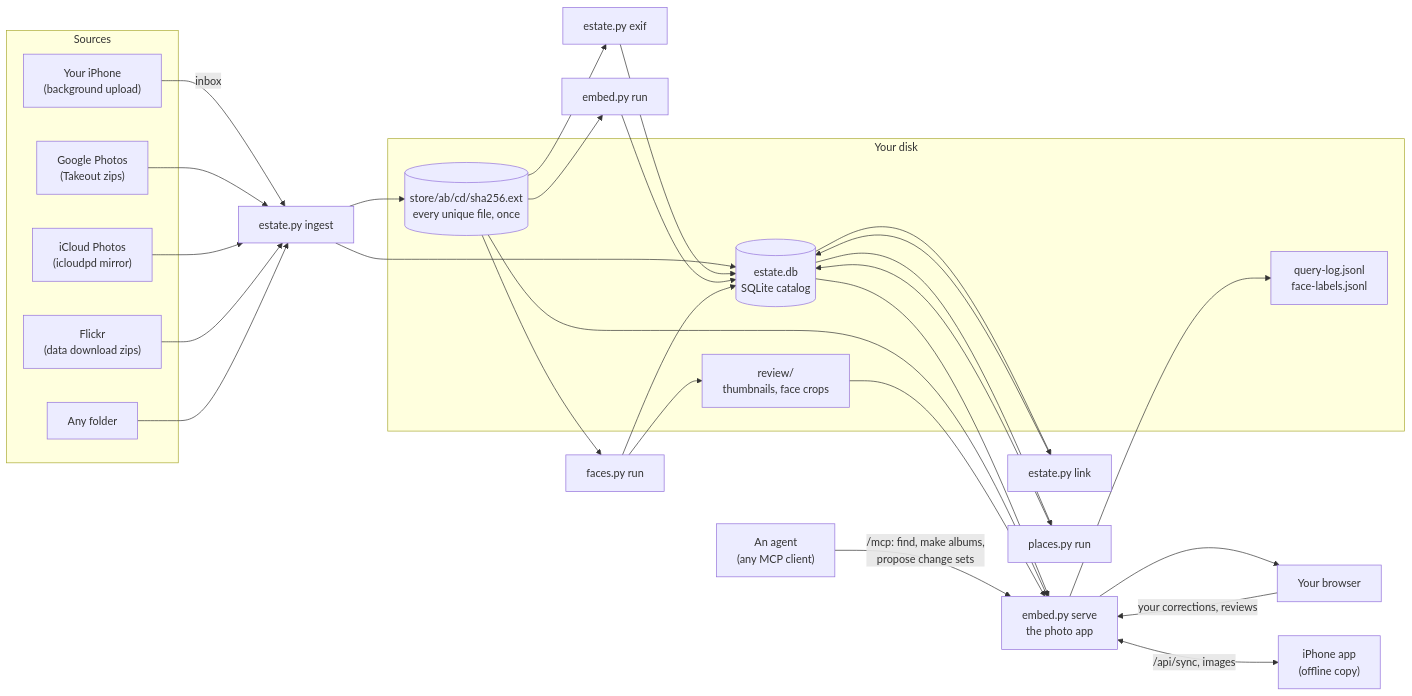
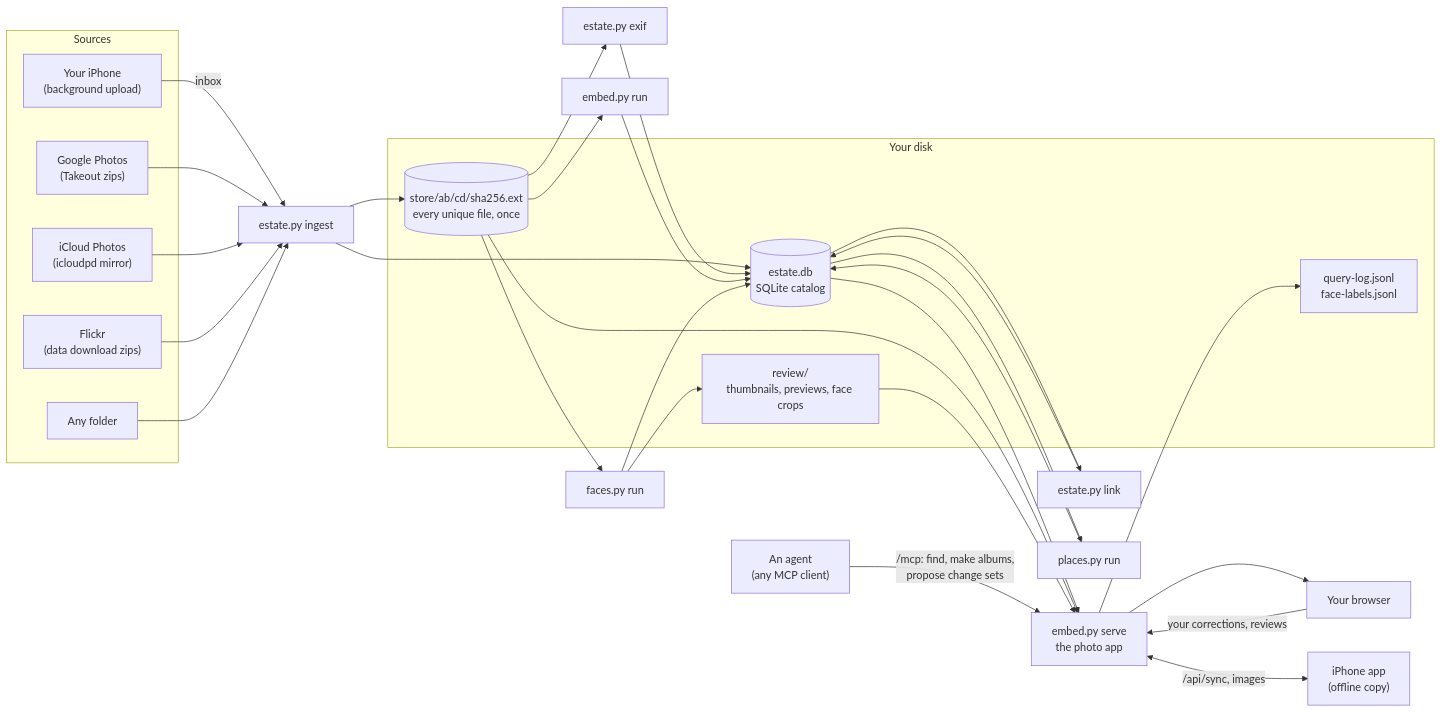
The diagram in docs/book/README.md (jflam/photo-estate), drawn with Mermaid before and after one commit. The commit also changed other lines of this file and 6 other files, not shown here.

````diff
--- a/docs/book/README.md
+++ b/docs/book/README.md
@@ -52,34 +52,34 @@
 ```mermaid
 flowchart LR
     subgraph Sources
       G["Google Photos<br/>(Takeout zips)"]
       I["iCloud Photos<br/>(icloudpd mirror)"]
       F["Flickr<br/>(data download zips)"]
       O["Any folder"]
       P["Your iPhone<br/>(background upload)"]
     end
     subgraph Disk["Your disk"]
       ST[("store/ab/cd/sha256.ext<br/>every unique file, once")]
       DB[("estate.db<br/>SQLite catalog")]
-      CA["review/<br/>thumbnails, face crops"]
+      CA["review/<br/>thumbnails, previews, face crops"]
       LG["query-log.jsonl<br/>face-labels.jsonl"]
     end
     P -->|"inbox"| ING
     G & I & F & O --> ING["estate.py ingest"]
     ING --> ST
     ING --> DB
     DB --> LNK["estate.py link"] --> DB
     ST --> EX["estate.py exif"] --> DB
     DB --> PL["places.py run"] --> DB
     ST --> EM["embed.py run"] --> DB
     ST --> FA["faces.py run"] --> DB
     FA --> CA
     DB --> SRV["embed.py serve<br/>the photo app"]
     ST --> SRV
     CA --> SRV
     SRV --> LG
     SRV --> BR["Your browser"]
     SRV <-->|"/api/sync, images"| IOS["iPhone app<br/>(offline copy)"]
     BR -->|"your corrections, reviews"| SRV
     AGT["An agent<br/>(any MCP client)"] -->|"/mcp: find, make albums,<br/>propose change sets"| SRV
 ```
````
